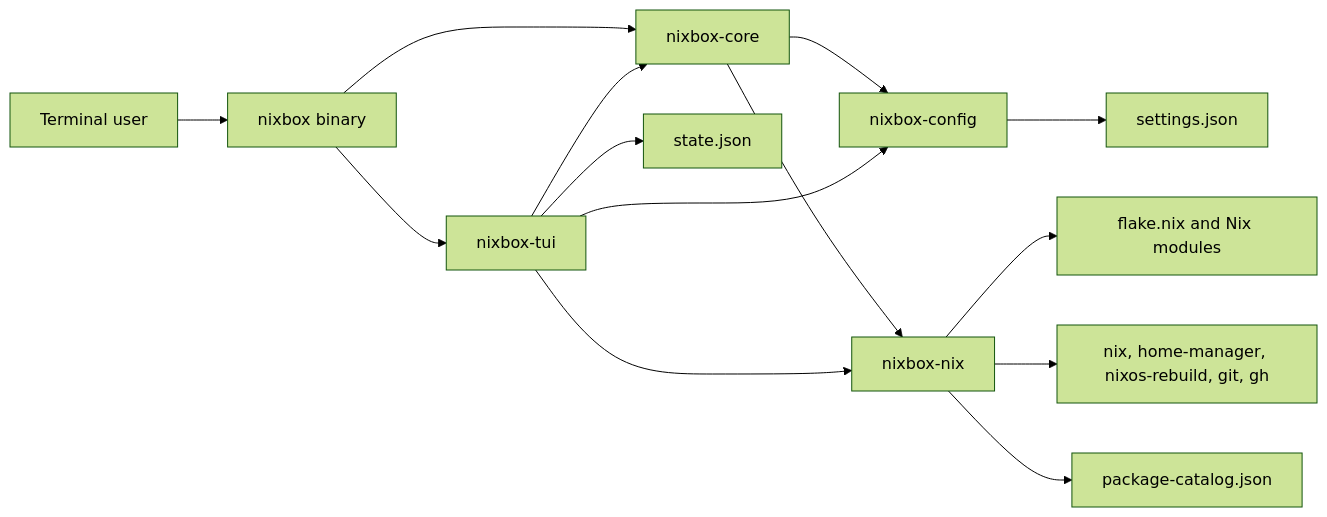
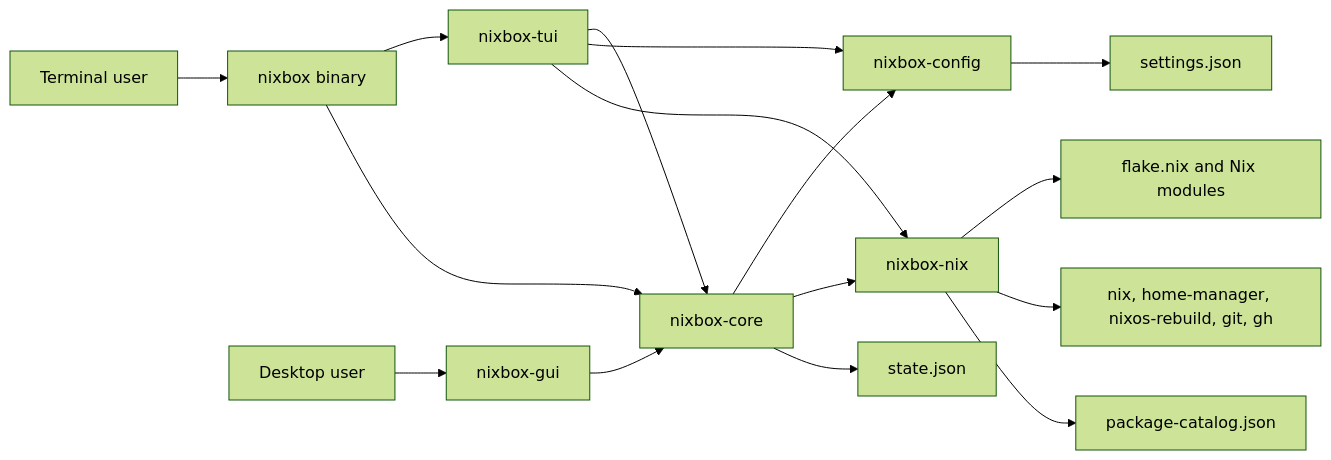
One commit to SINGH-RAJVEER/nixbox changed the first of 2 diagrams in docs/ARCHITECTURE.md. Above: the diagram before and after it, drawn with Mermaid (forest theme). The commit also changed other lines of this file and 5 other files, not shown here.

Commit message:
docs: cover the desktop GUI, the shared session, and askpass rebuilds

````diff
--- a/docs/ARCHITECTURE.md
+++ b/docs/ARCHITECTURE.md
@@ -7,16 +7,18 @@
 ```mermaid
 flowchart LR
 		User[Terminal user] --> Binary[nixbox binary]
 		Binary --> TUI[nixbox-tui]
 		Binary --> Core[nixbox-core]
 		TUI --> Core
+		GUIUser[Desktop user] --> GUI[nixbox-gui]
+		GUI --> Core
 		Core --> Config[nixbox-config]
 		Core --> Nix[nixbox-nix]
 		TUI --> Config
 		TUI --> Nix
 		Config --> Settings[settings.json]
 		Nix --> Target[flake.nix and Nix modules]
 		Nix --> Commands[nix, home-manager, nixos-rebuild, git, gh]
-		TUI --> State[state.json]
+		Core --> State[state.json]
 		Nix --> Cache[package-catalog.json]
 ```
````
